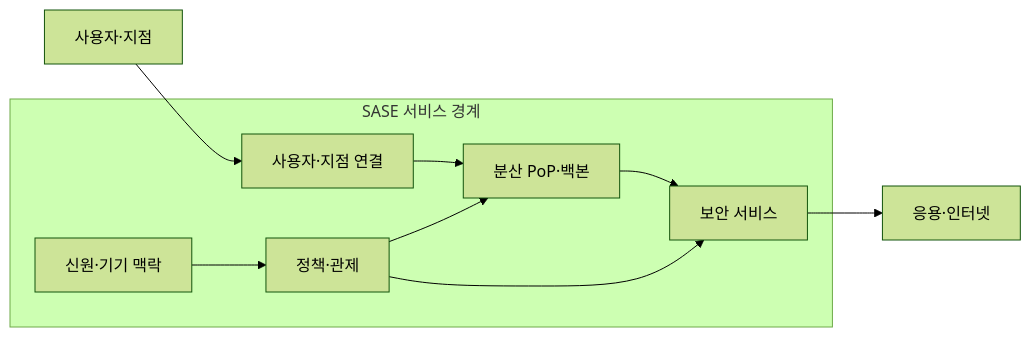
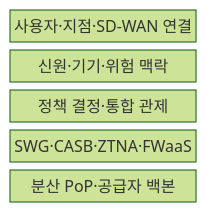
The first of 2 diagrams in src/content/docs/notes/05-security/141_sase_architecture.md (agnusdei1207/knowledge-base), drawn with Mermaid (forest theme) before and after one commit. The commit also changed other lines of this file and 6 other files, not shown here.

````diff
--- a/src/content/docs/notes/05-security/141_sase_architecture.md
+++ b/src/content/docs/notes/05-security/141_sase_architecture.md
@@ -59,17 +56,9 @@
 ```mermaid
-flowchart LR
-    U[사용자·지점]
-    subgraph S[SASE 서비스 경계]
-        C[사용자·지점 연결]
-        X[신원·기기 맥락]
-        P[정책·관제]
-        E[보안 서비스]
-        N[분산 PoP·백본]
-        C --> N --> E
-        X --> P --> E
-        P --> N
-    end
-    A[응용·인터넷]
-    U --> C
-    E --> A
+block-beta
+  columns 1
+  C["사용자·지점·SD-WAN 연결"]
+  X["신원·기기·위험 맥락"]
+  P["정책 결정·통합 관제"]
+  S["SWG·CASB·ZTNA·FWaaS"]
+  N["분산 PoP·공급자 백본"]
 ```
````
